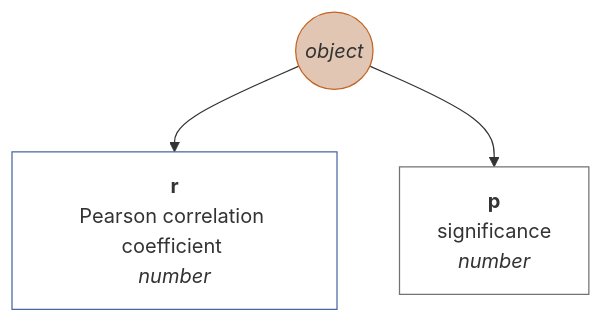
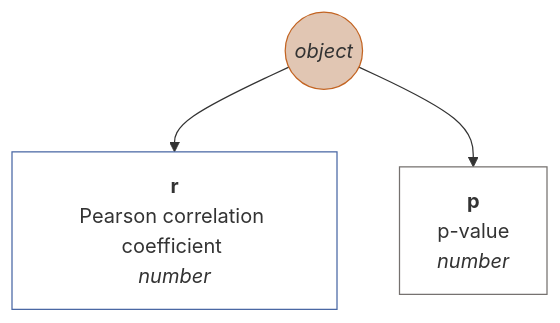
Before and after one commit to muzikp/retusa: diagram 31 of 38 in docs/en-GB.md, drawn with Mermaid. The commit also changed other lines of this file and 8 other files, not shown here.

````diff
--- a/docs/en-GB.md
+++ b/docs/en-GB.md
@@ -1139,13 +1139,13 @@
 ```mermaid
 graph TD
 correlPearson((<i>object</i>))
 style correlPearson fill:#E1C6B3;
 style correlPearson stroke:#C36422;
 correlPearson --> r[<b>r</b><br>Pearson correlation coefficient <br><i>number</i>]
 style r fill:#FFFFFF;
 style r stroke:#4967A4;
-correlPearson --> p[<b>p</b><br>significance <br><i>number</i>]
+correlPearson --> p[<b>p</b><br>p-value <br><i>number</i>]
 style p fill:#FFFFFF;
 style p stroke:#75716F;
 
 ```
````
